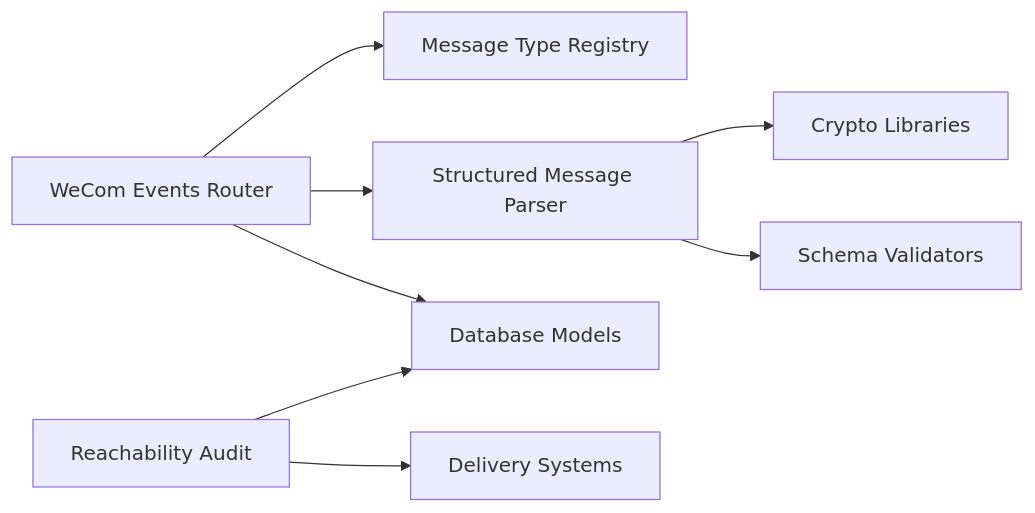
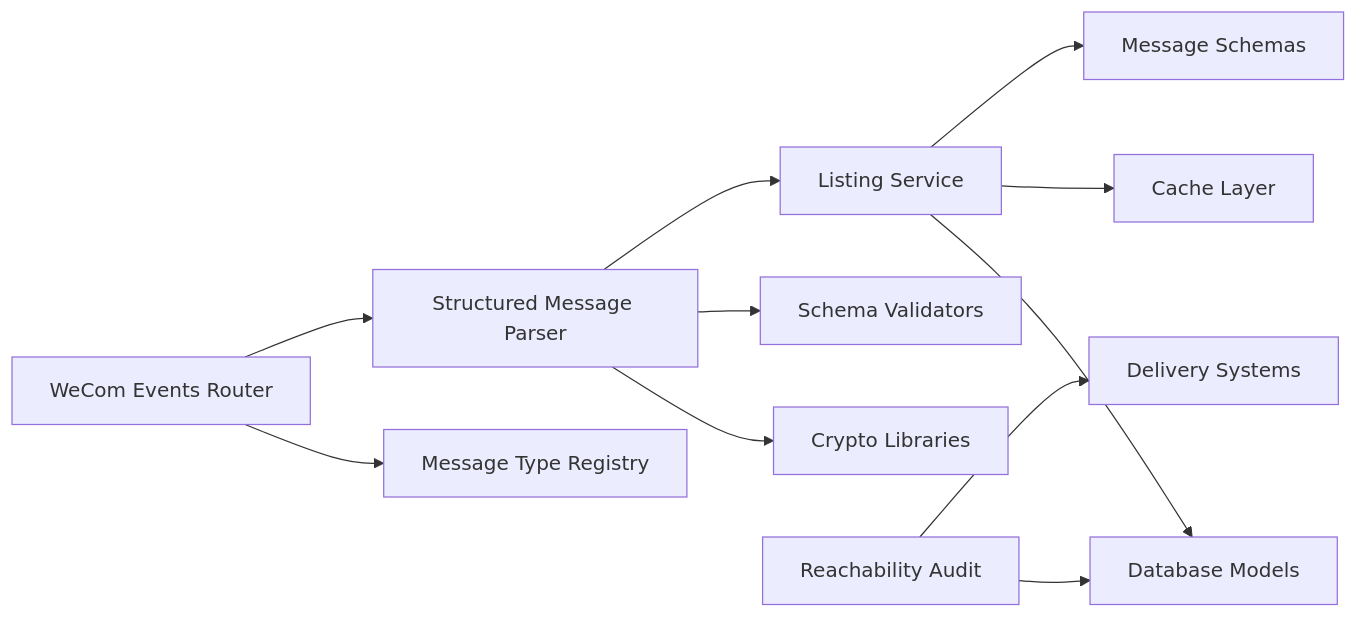
One commit to zuohaisu/wecom-archive changed the fourth of 4 diagrams in .qoder/repowiki/en/content/Architecture/Message Processing Pipeline/Message Processing Pipeline.md. Above: the diagram before and after it, drawn with Mermaid. The commit also changed other lines of this file and 148 other files, not shown here.

````diff
--- a/.qoder/repowiki/en/content/Architecture/Message Processing Pipeline/Message Processing Pipeline.md
+++ b/.qoder/repowiki/en/content/Architecture/Message Processing Pipeline/Message Processing Pipeline.md
@@ -224,10 +315,13 @@
 ```mermaid
 graph LR
 Router["WeCom Events Router"] --> Registry["Message Type Registry"]
 Router --> Parser["Structured Message Parser"]
 Parser --> Crypto["Crypto Libraries"]
 Parser --> Validator["Schema Validators"]
-Router --> DB["Database Models"]
+Parser --> Listing["Listing Service"]
+Listing --> DB["Database Models"]
+Listing --> Cache["Cache Layer"]
+Listing --> Schemas["Message Schemas"]
 Audit["Reachability Audit"] --> DB
 Audit --> Delivery["Delivery Systems"]
 ```
````
